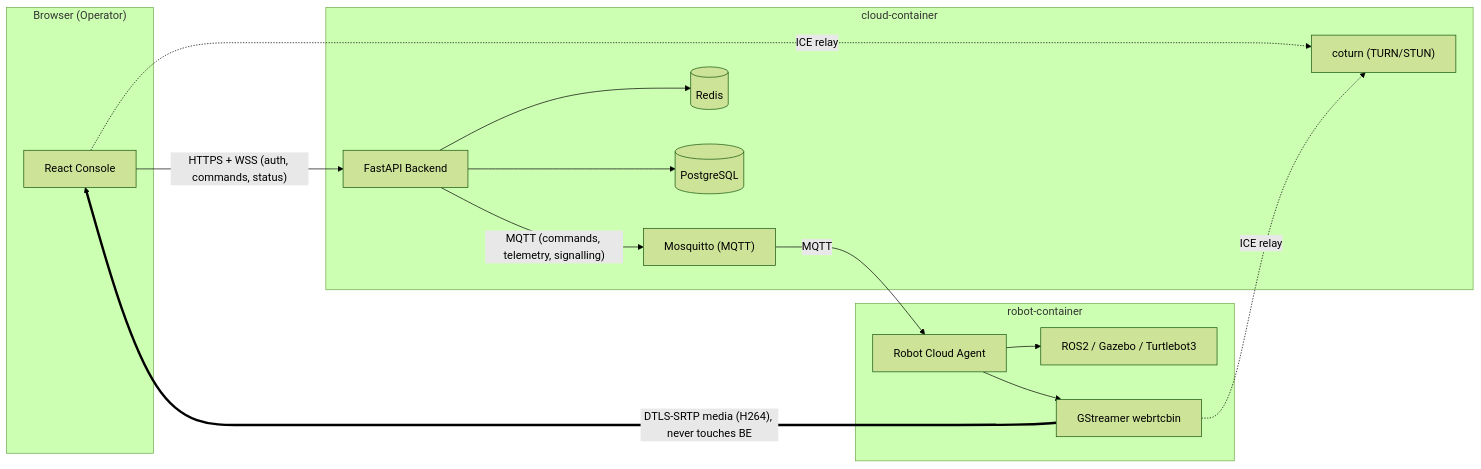
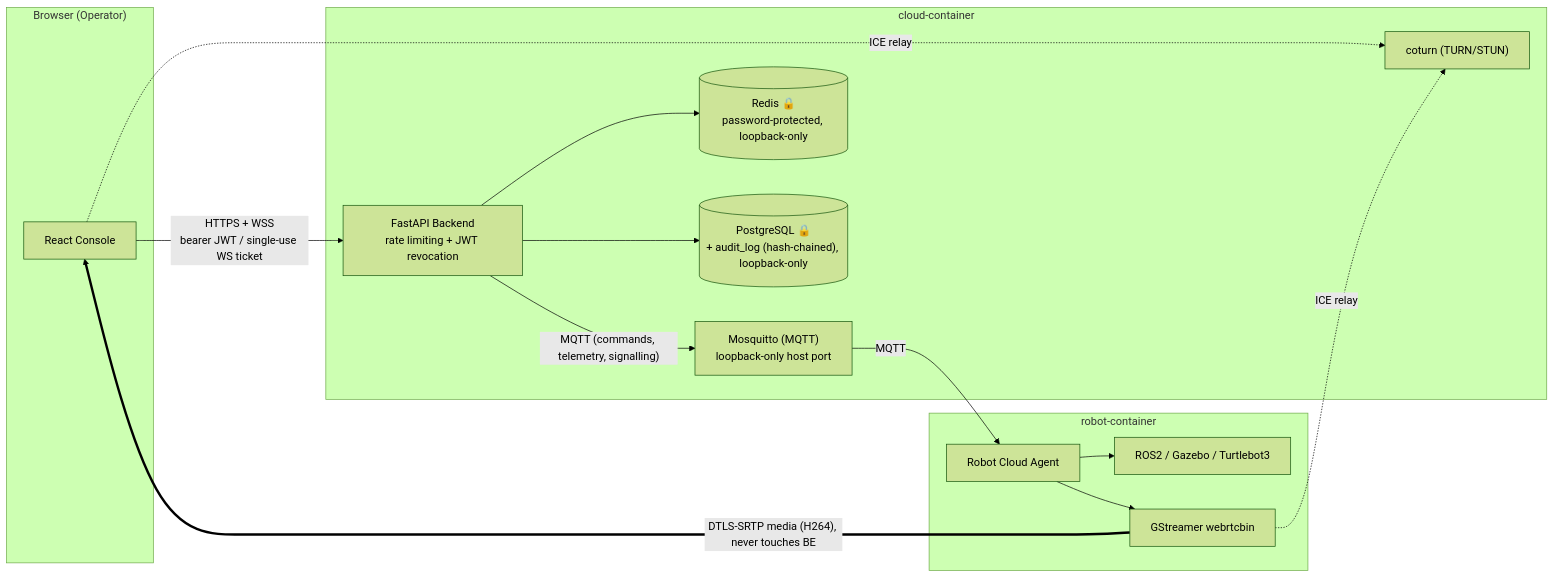
Before and after one commit to darshan-kt/cloud_robotics: the first of 4 diagrams in docs/00-overview.md, drawn with Mermaid (forest theme). The commit also changed other lines of this file and 5 other files, not shown here.

````diff
--- a/docs/00-overview.md
+++ b/docs/00-overview.md
@@ -11,31 +11,31 @@
 ```mermaid
 flowchart LR
     subgraph Browser["Browser (Operator)"]
         UI["React Console"]
     end
 
     subgraph Cloud["cloud-container"]
-        BE["FastAPI Backend"]
-        MQ["Mosquitto (MQTT)"]
-        RD[("Redis")]
-        PG[("PostgreSQL")]
+        BE["FastAPI Backend<br/>rate limiting + JWT revocation"]
+        MQ["Mosquitto (MQTT)<br/>loopback-only host port"]
+        RD[("Redis 🔒<br/>password-protected, loopback-only")]
+        PG[("PostgreSQL 🔒<br/>+ audit_log (hash-chained), loopback-only")]
         TURN["coturn (TURN/STUN)"]
     end
 
     subgraph Robot["robot-container"]
         RA["Robot Cloud Agent"]
         ROS["ROS2 / Gazebo / Turtlebot3"]
         VS["GStreamer webrtcbin"]
     end
 
-    UI -- "HTTPS + WSS (auth, commands, status)" --> BE
+    UI -- "HTTPS + WSS<br/>bearer JWT / single-use WS ticket" --> BE
     BE -- "MQTT (commands, telemetry, signalling)" --> MQ
     MQ -- "MQTT" --> RA
     BE --> RD
     BE --> PG
     RA --> ROS
     RA --> VS
     UI -. "ICE relay" .-> TURN
     VS -. "ICE relay" .-> TURN
     VS == "DTLS-SRTP media (H264), never touches BE" ==> UI
 ```
````
